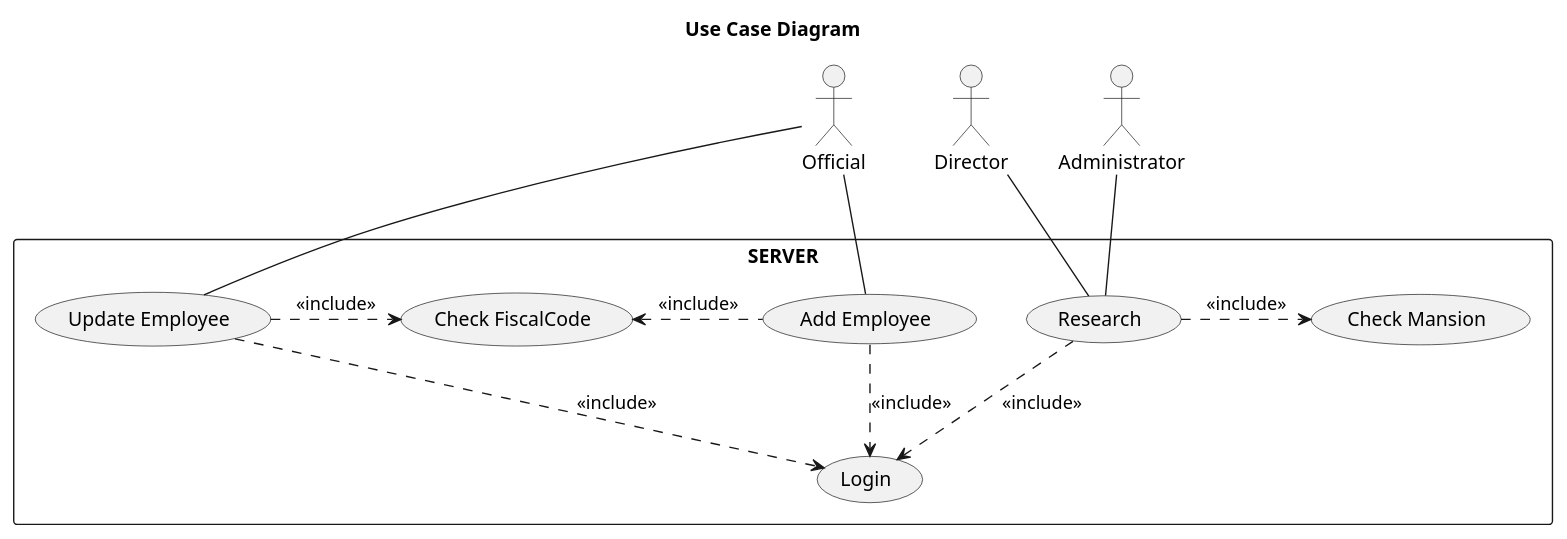
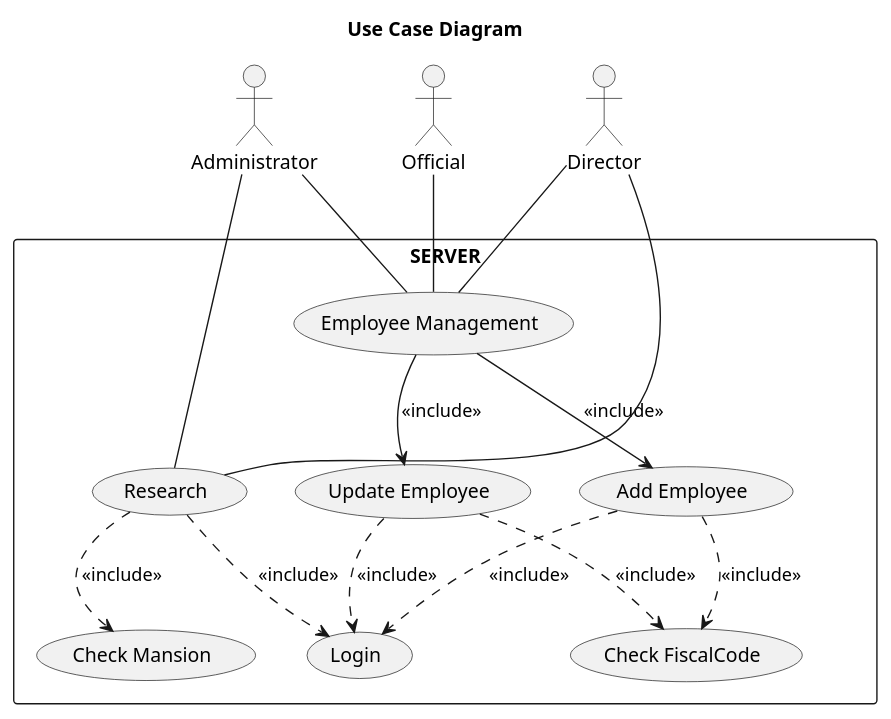
The diagram in Assegnamento3/src/uml/UseCaseDiagram.puml (danielepelleg/software_engineering), drawn with PlantUML before and after one commit. The commit also changed 9 other files, not shown here.

Commit message:
Add UML Diagrams e Simulation Class

```diff
--- a/Assegnamento3/src/uml/UseCaseDiagram.puml
+++ b/Assegnamento3/src/uml/UseCaseDiagram.puml
@@ -1,23 +1,27 @@
 @startuml
 title Use Case Diagram
 
 top to bottom direction
 
 actor Administrator
 actor Official
 actor Director
 
 
 rectangle  SERVER {
-    Official -- (Add Employee)
-    Official -- (Update Employee)
+    Administrator -- (Employee Management)
+    Director -- (Employee Management)
+    Official -- (Employee Management)
+    (Employee Management) --> (Update Employee) : <<include>>
+    (Employee Management) --> (Add Employee) : <<include>>
     Director -- (Research)
+
     Administrator -- (Research)
     (Add Employee) ..> (Login) : <<include>>
-    (Add Employee) .left.> (Check FiscalCode) : <<include>>
+    (Add Employee) ..> (Check FiscalCode) : <<include>>
     (Update Employee) ..> (Login) : <<include>>
-    (Update Employee) .right.> (Check FiscalCode) : <<include>>
+    (Update Employee) ..> (Check FiscalCode) : <<include>>
     (Research) ..> (Login) : <<include>>
-    (Research) .> (Check Mansion) : <<include>>
+    (Research) ..> (Check Mansion) : <<include>>
 }
 @enduml
```
